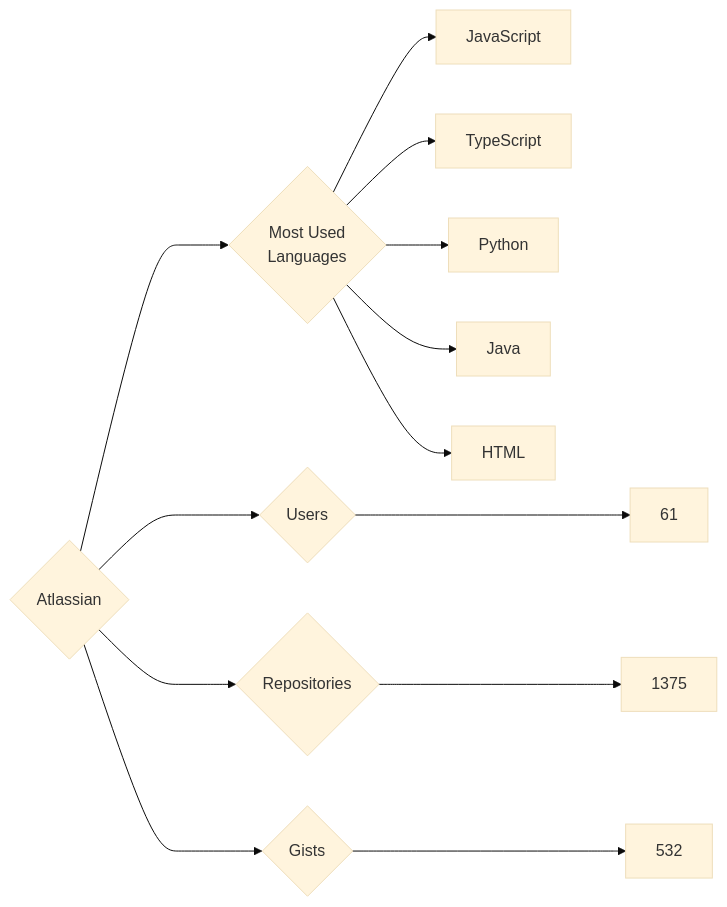
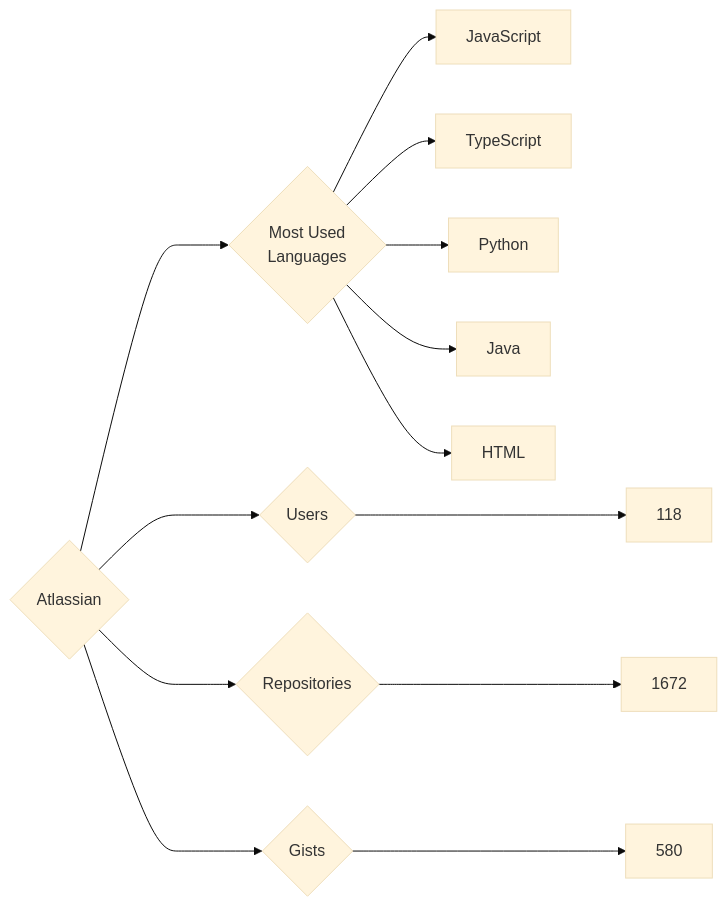
The diagram in targets/Atlassian/README.md (trickest/insiders), drawn with Mermaid (base theme) before and after one commit. The commit also changed 714 other files, not shown here.

````diff
--- a/targets/Atlassian/README.md
+++ b/targets/Atlassian/README.md
@@ -3,13 +3,13 @@
 ```mermaid
 graph LR
 COMPANY_NAME{Atlassian}
-COMPANY_NAME ---> U{Users} ---> UN[61]
-COMPANY_NAME ---> R{Repositories} ---> RN[1375]
-COMPANY_NAME ---> G{Gists} ---> GN[532]
+COMPANY_NAME ---> U{Users} ---> UN[118]
+COMPANY_NAME ---> R{Repositories} ---> RN[1672]
+COMPANY_NAME ---> G{Gists} ---> GN[580]
 COMPANY_NAME ---> ML{Most Used<br>Languages}
 ML --> JavaScript[JavaScript]
 ML --> TypeScript[TypeScript]
 ML --> Python[Python]
 ML --> Java[Java]
 ML --> HTML[HTML]
 ```
````
